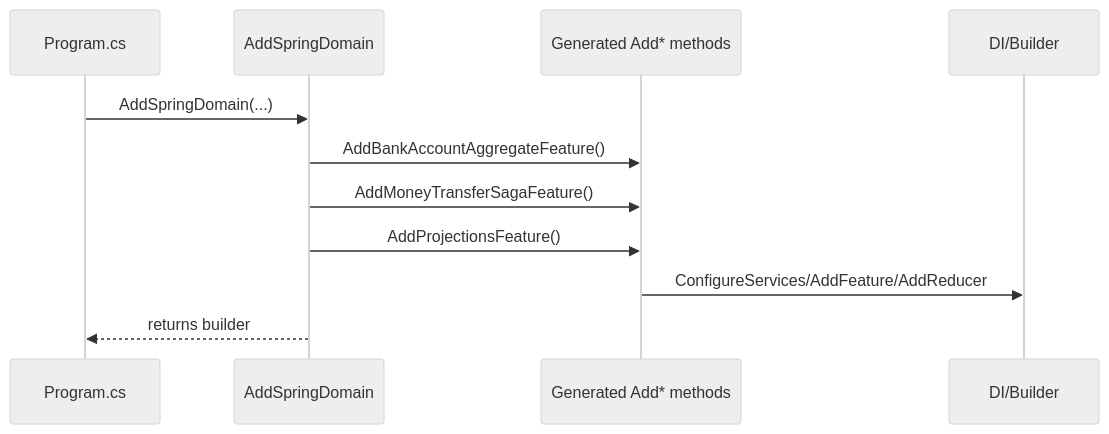
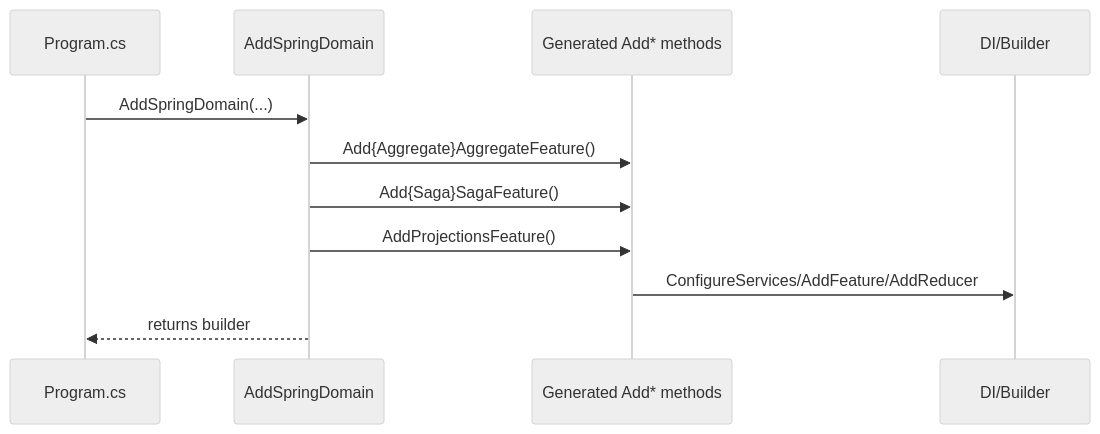
One commit to Gibbs-Morris/mississippi changed the second of 2 diagrams in spec/generate-spring-domain-registrations/rfc.md. Above: the diagram before and after it, drawn with Mermaid (neutral theme). The commit also changed other lines of this file and 5 other files, not shown here.

````diff
--- a/spec/generate-spring-domain-registrations/rfc.md
+++ b/spec/generate-spring-domain-registrations/rfc.md
@@ -48,14 +50,14 @@
 ```mermaid
 sequenceDiagram
 	participant Program as Program.cs
 	participant DomainReg as AddSpringDomain
 	participant Generated as Generated Add* methods
 	participant DI as DI/Builder
 
 	Program->>DomainReg: AddSpringDomain(...)
-	DomainReg->>Generated: AddBankAccountAggregateFeature()
-	DomainReg->>Generated: AddMoneyTransferSagaFeature()
+	DomainReg->>Generated: Add{Aggregate}AggregateFeature()
+	DomainReg->>Generated: Add{Saga}SagaFeature()
 	DomainReg->>Generated: AddProjectionsFeature()
 	Generated->>DI: ConfigureServices/AddFeature/AddReducer
 	DomainReg-->>Program: returns builder
 ```
````
